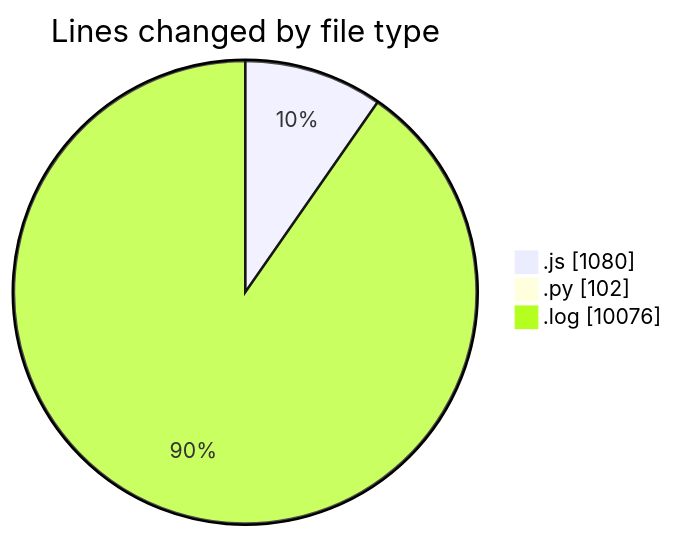
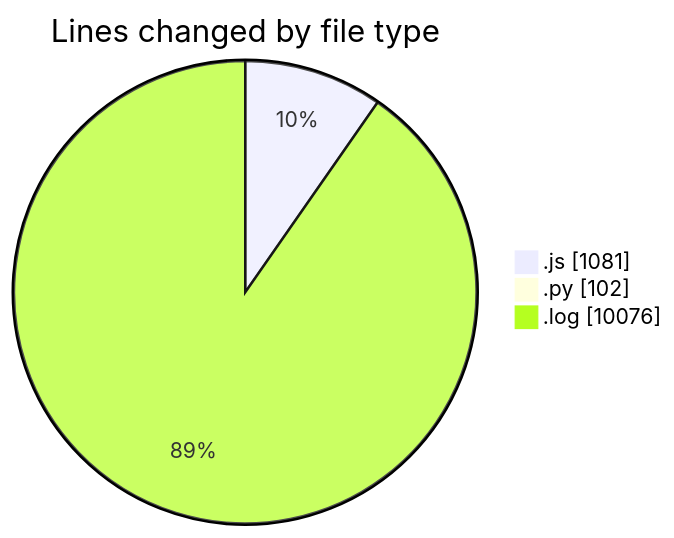
One commit to nxtqubesakshisongat/code-tracking changed the first of 2 diagrams in 2025-04-14/nxtqube_webapp/README.md. Above: the diagram before and after it, drawn with Mermaid. The commit also changed other lines of this file and 1 other file, not shown here.

````diff
--- a/2025-04-14/nxtqube_webapp/README.md
+++ b/2025-04-14/nxtqube_webapp/README.md
@@ -25,7 +25,7 @@
 ```mermaid
 pie showData
 title Lines changed by file type
-".js" : 1080
+".js" : 1081
 ".py" : 102
 ".log" : 10076
 ```
````
